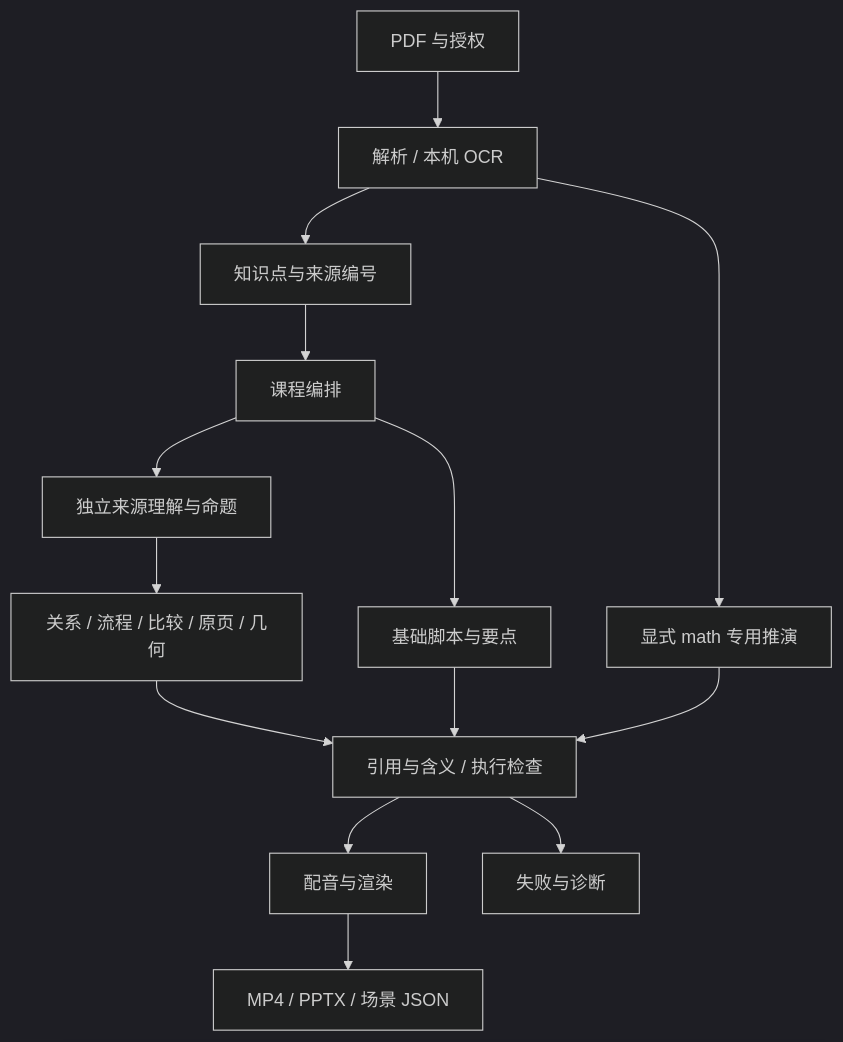
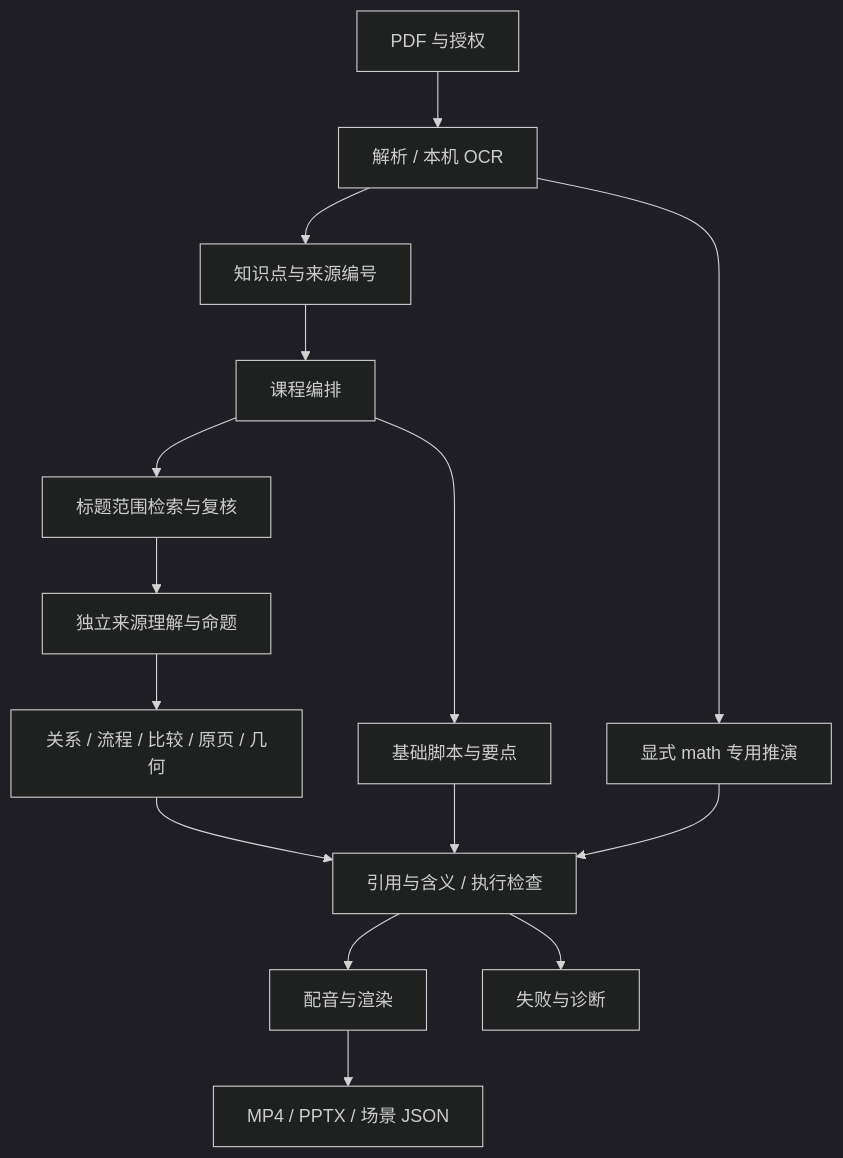
Before and after one commit to shaochang123/Book2Course: the first of 2 diagrams in docs/架构与接口.md, drawn with Mermaid (dark theme). The commit also changed other lines of this file and 23 other files, not shown here.

````diff
--- a/docs/架构与接口.md
+++ b/docs/架构与接口.md
@@ -26,16 +26,17 @@
 ```mermaid
 flowchart TD
   U[PDF 与授权] --> P[解析 / 本机 OCR]
   P --> K[知识点与来源编号]
   K --> O[课程编排]
-  O --> D[独立来源理解与命题]
+  O --> S[标题范围检索与复核]
+  S --> D[独立来源理解与命题]
   D --> V[关系 / 流程 / 比较 / 原页 / 几何]
   V --> Q[引用与含义 / 执行检查]
   O --> B[基础脚本与要点]
   B --> Q
   P --> M[显式 math 专用推演]
   M --> Q
   Q --> T[配音与渲染]
   T --> E[MP4 / PPTX / 场景 JSON]
   Q --> F[失败与诊断]
 ```
````
